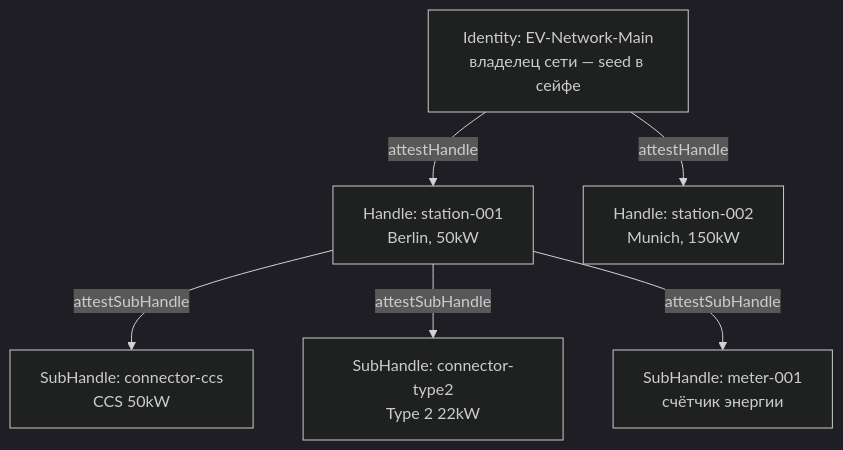
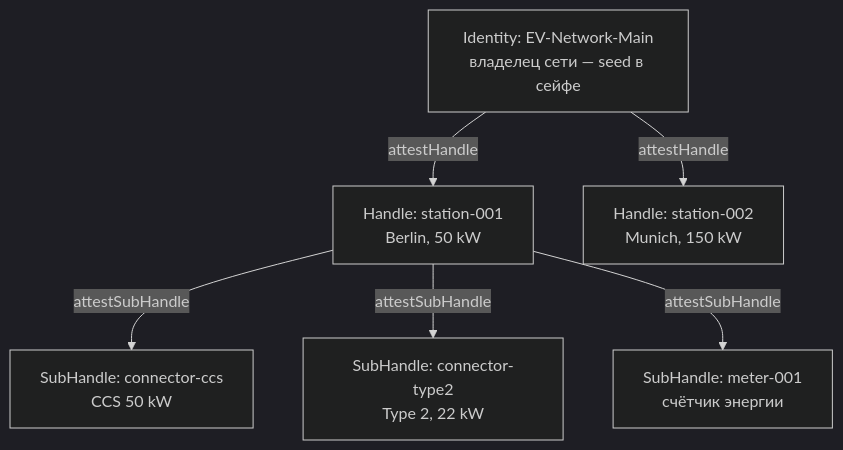
One commit to me2em-org/me2em-website changed the diagram in src/content/blog/ru/ev-charging-network-tutorial.md. Above: the diagram before and after it, drawn with Mermaid (dark theme). The commit also changed other lines of this file and 13 other files, not shown here.

````diff
--- a/src/content/blog/ru/ev-charging-network-tutorial.md
+++ b/src/content/blog/ru/ev-charging-network-tutorial.md
@@ -25,8 +25,8 @@
 ```mermaid
 flowchart TD
-    ROOT["Identity: EV-Network-Main<br/>владелец сети — seed в сейфе"] -->|"attestHandle"| ST1["Handle: station-001<br/> Berlin, 50kW"]
-    ROOT -->|"attestHandle"| ST2["Handle: station-002<br/>Munich, 150kW"]
-    ST1 -->|"attestSubHandle"| C1["SubHandle: connector-ccs<br/>CCS 50kW"]
-    ST1 -->|"attestSubHandle"| C2["SubHandle: connector-type2<br/>Type 2 22kW"]
+    ROOT["Identity: EV-Network-Main<br/>владелец сети — seed в сейфе"] -->|"attestHandle"| ST1["Handle: station-001<br/>Berlin, 50 kW"]
+    ROOT -->|"attestHandle"| ST2["Handle: station-002<br/>Munich, 150 kW"]
+    ST1 -->|"attestSubHandle"| C1["SubHandle: connector-ccs<br/>CCS 50 kW"]
+    ST1 -->|"attestSubHandle"| C2["SubHandle: connector-type2<br/>Type 2, 22 kW"]
     ST1 -->|"attestSubHandle"| M1["SubHandle: meter-001<br/>счётчик энергии"]
 ```
````
